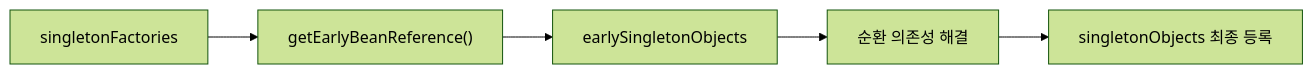
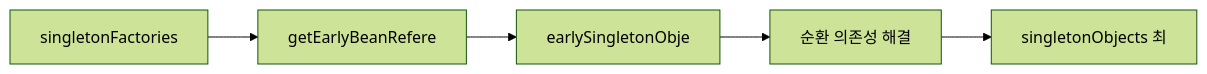
One commit to yjkim2015/yjkim2015.github.io changed the third of 6 diagrams in _posts/spring/2026-05-01-spring-ioc-di.md. Above: the diagram before and after it, drawn with Mermaid (forest theme). The commit also changed other lines of this file and 245 other files, not shown here.

First line of the commit message:
Mermaid 다이어그램 전면 수정 + 면접 포인트 접기/펼치기 + DB 데드락 페이지

````diff
--- a/_posts/spring/2026-05-01-spring-ioc-di.md
+++ b/_posts/spring/2026-05-01-spring-ioc-di.md
@@ -597,7 +597,7 @@
 ```mermaid
 graph LR
-    A["singletonFactories"] --> B["getEarlyBeanReference()"]
-    B --> C["earlySingletonObjects"]
+    A["singletonFactories"] --> B["getEarlyBeanRefere"]
+    B --> C["earlySingletonObje"]
     C --> D["순환 의존성 해결"]
-    D --> E["singletonObjects 최종 등록"]
+    D --> E["singletonObjects 최"]
 ```
````
